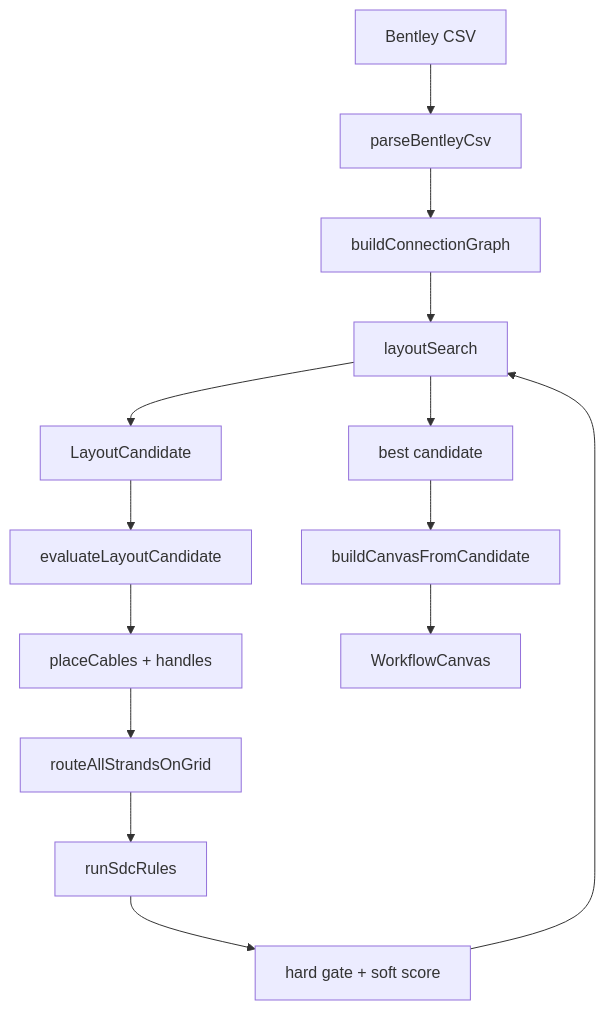
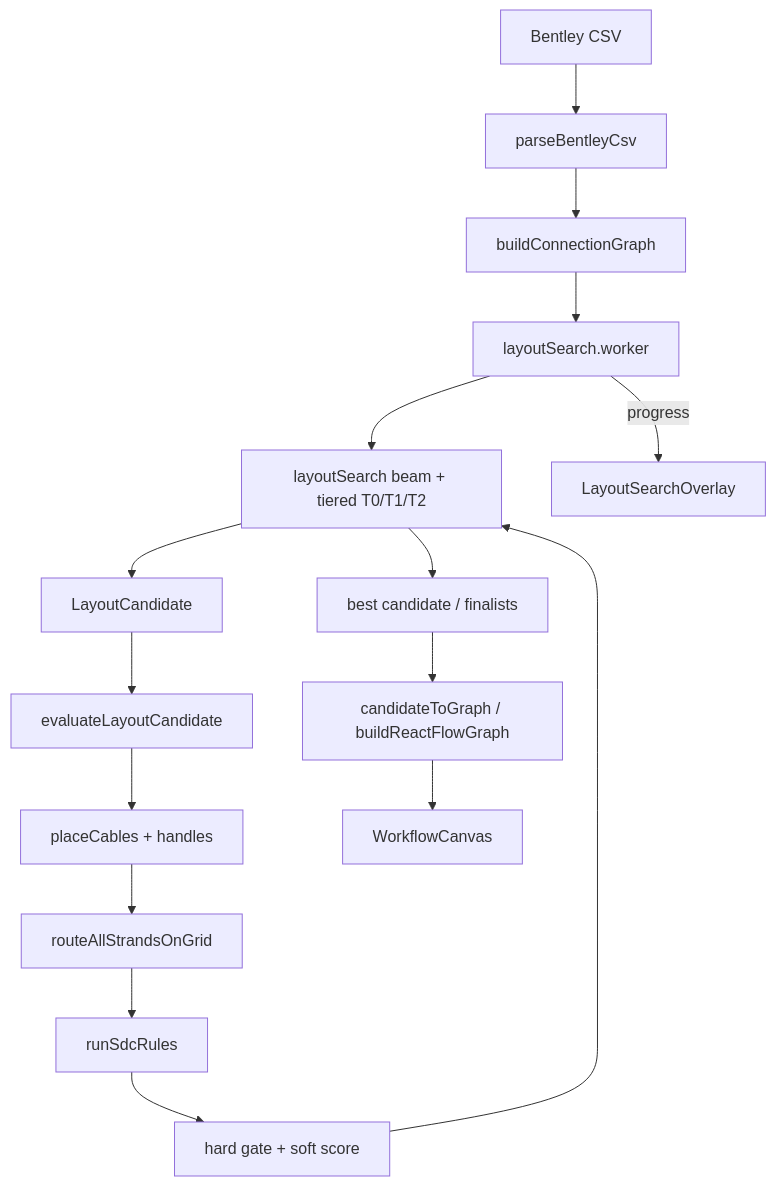
The diagram in docs/agent/ROUTING_FIRST_LAYOUT.md (R2-Repo/Copy-Splice-Detail-Canvas), drawn with Mermaid before and after one commit. The commit also changed other lines of this file and 13 other files, not shown here.

````diff
--- a/docs/agent/ROUTING_FIRST_LAYOUT.md
+++ b/docs/agent/ROUTING_FIRST_LAYOUT.md
@@ -44,16 +46,18 @@
 ```mermaid
 flowchart TD
   CSV[Bentley CSV] --> Parse[parseBentleyCsv]
   Parse --> Graph[buildConnectionGraph]
-  Graph --> Search[layoutSearch]
+  Graph --> Worker[layoutSearch.worker]
+  Worker --> Search[layoutSearch beam + tiered T0/T1/T2]
   Search --> Cand[LayoutCandidate]
   Cand --> Eval[evaluateLayoutCandidate]
   Eval --> Place[placeCables + handles]
   Place --> Route[routeAllStrandsOnGrid]
   Route --> Rules[runSdcRules]
   Rules --> Score[hard gate + soft score]
   Score --> Search
-  Search --> Best[best candidate]
-  Best --> Render[buildCanvasFromCandidate]
+  Search --> Best[best candidate / finalists]
+  Best --> Render[candidateToGraph / buildReactFlowGraph]
   Render --> Canvas[WorkflowCanvas]
+  Worker -->|progress| UI[LayoutSearchOverlay]
 ```
````
